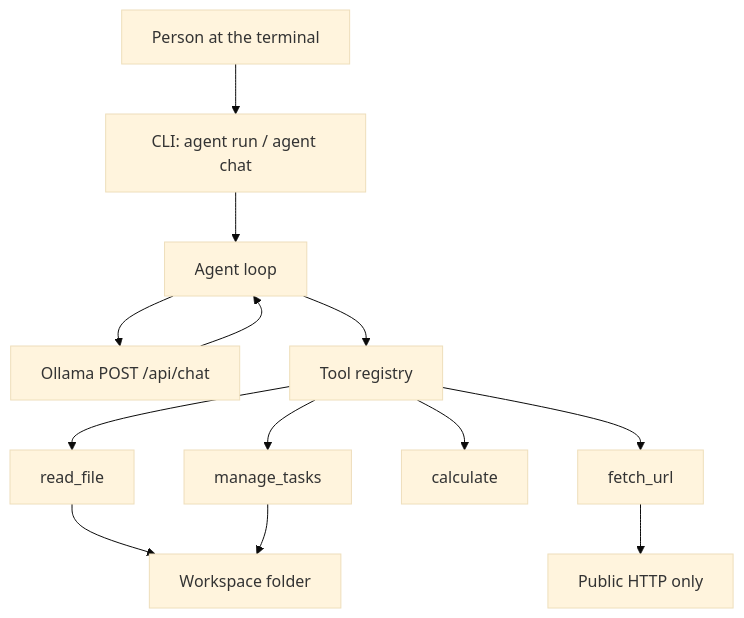
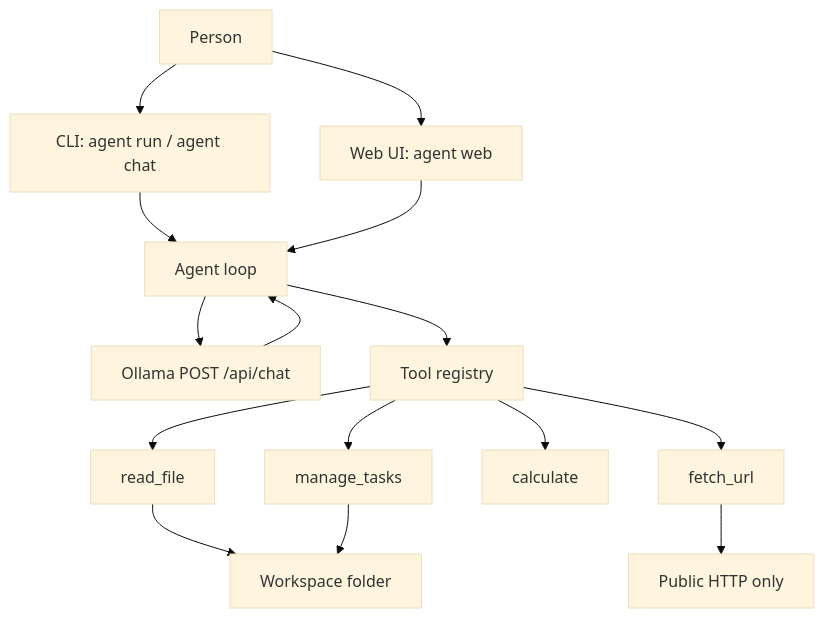
One commit to souzawellington/harbor-local-agent changed the diagram in README.md. Above: the diagram before and after it, drawn with Mermaid (base theme). The commit also changed other lines of this file and 7 other files, not shown here.

````diff
--- a/README.md
+++ b/README.md
@@ -55,15 +29,17 @@
 ```mermaid
 flowchart TD
-    user[Person at the terminal] --> cli["CLI: agent run / agent chat"]
+    person[Person] --> cli["CLI: agent run / agent chat"]
+    person --> ui["Web UI: agent web"]
     cli --> loop[Agent loop]
+    ui --> loop
     loop --> ollama["Ollama POST /api/chat"]
     ollama --> loop
     loop --> registry[Tool registry]
     registry --> readFile[read_file]
     registry --> fetchUrl[fetch_url]
     registry --> calculate[calculate]
     registry --> tasks[manage_tasks]
     readFile --> workspace[Workspace folder]
     tasks --> workspace
-    fetchUrl --> web[Public HTTP only]
+    fetchUrl --> pages[Public HTTP only]
 ```
````
